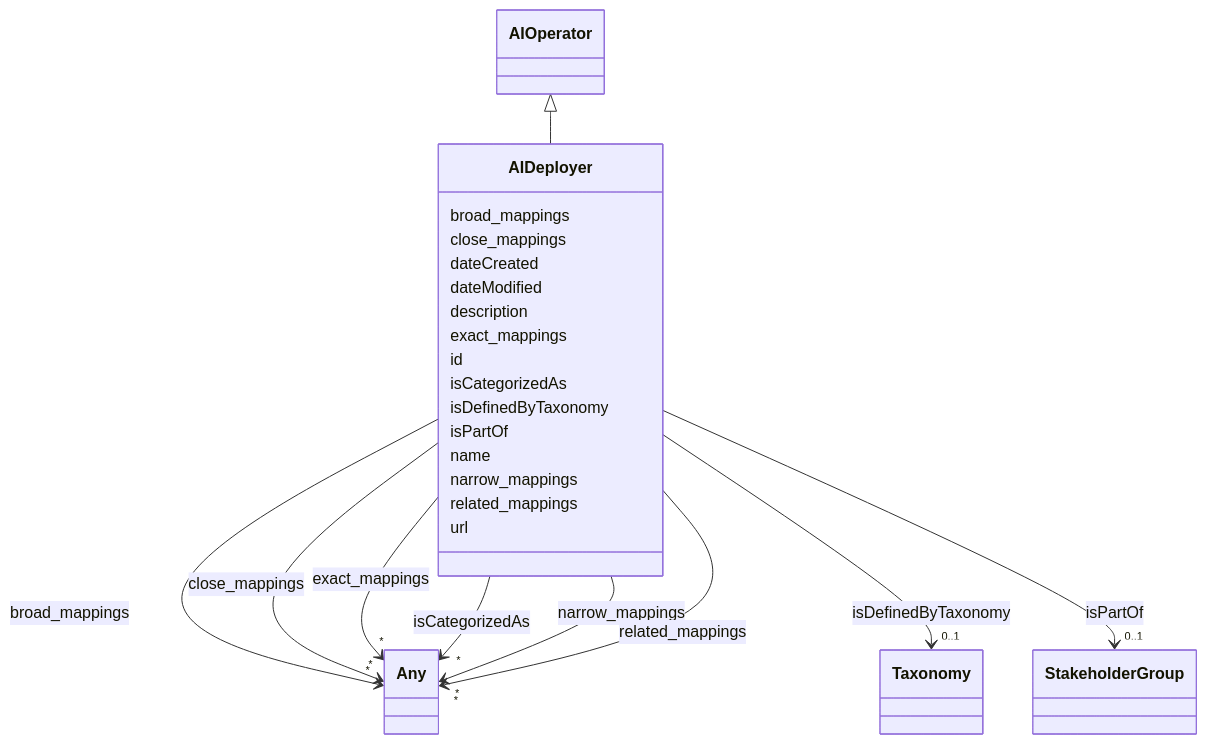
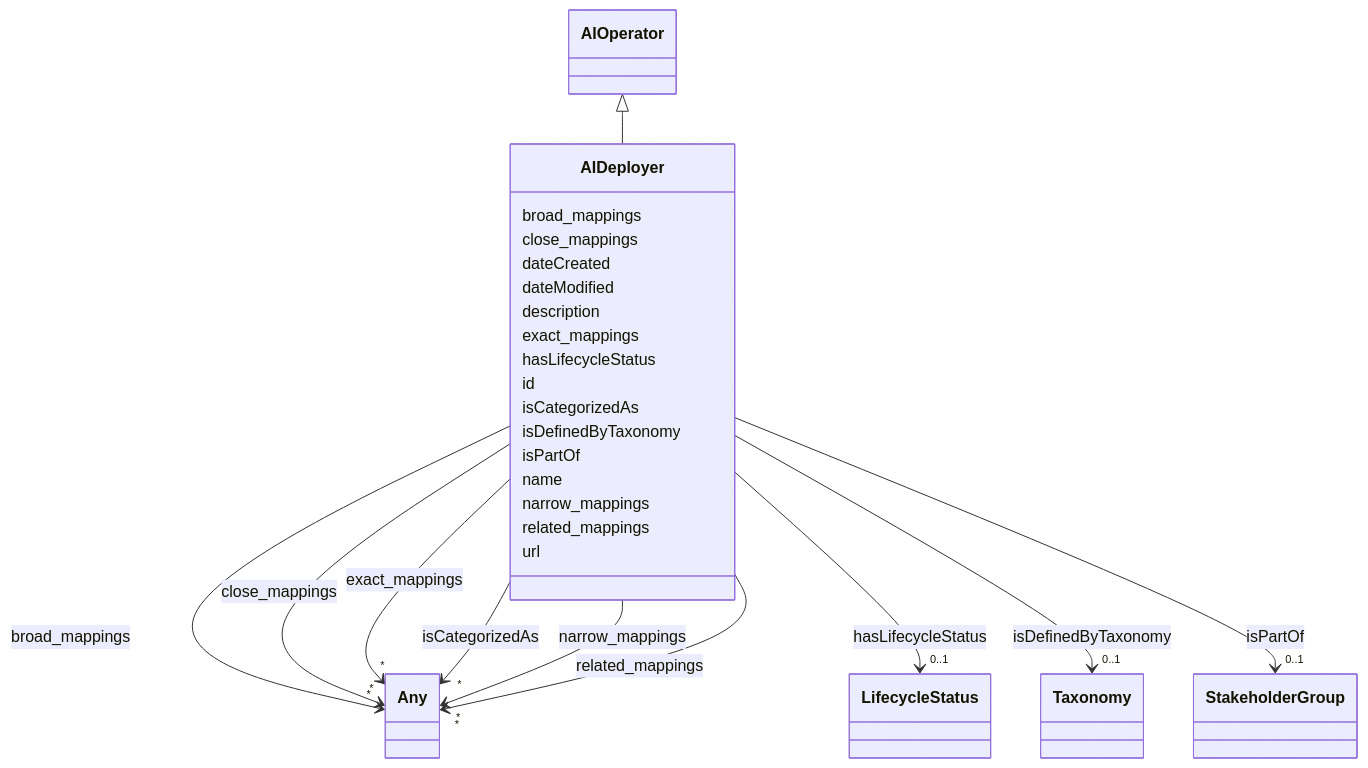
One commit to ingelise/risk-atlas-nexus changed the diagram in docs/ontology/AIDeployer.md. Above: the diagram before and after it, drawn with Mermaid. The commit also changed other lines of this file and 206 other files, not shown here.

```diff
--- a/docs/ontology/AIDeployer.md
+++ b/docs/ontology/AIDeployer.md
@@ -54,6 +54,17 @@
 
         AIDeployer --> "*" Any : exact_mappings
         click Any href "../Any/"
+
+
+
+      AIDeployer : hasLifecycleStatus
+
+
+
+
+
+        AIDeployer --> "0..1" LifecycleStatus : hasLifecycleStatus
+        click LifecycleStatus href "../LifecycleStatus/"
 
 
 
```
